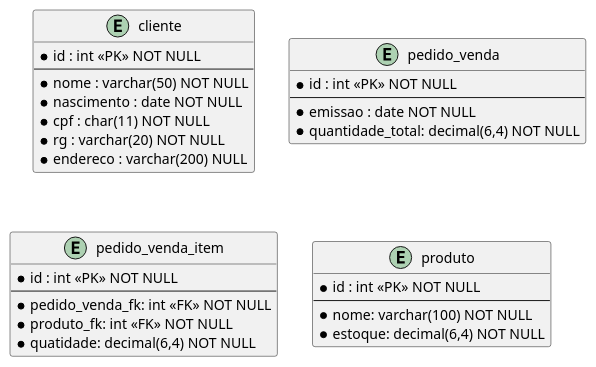
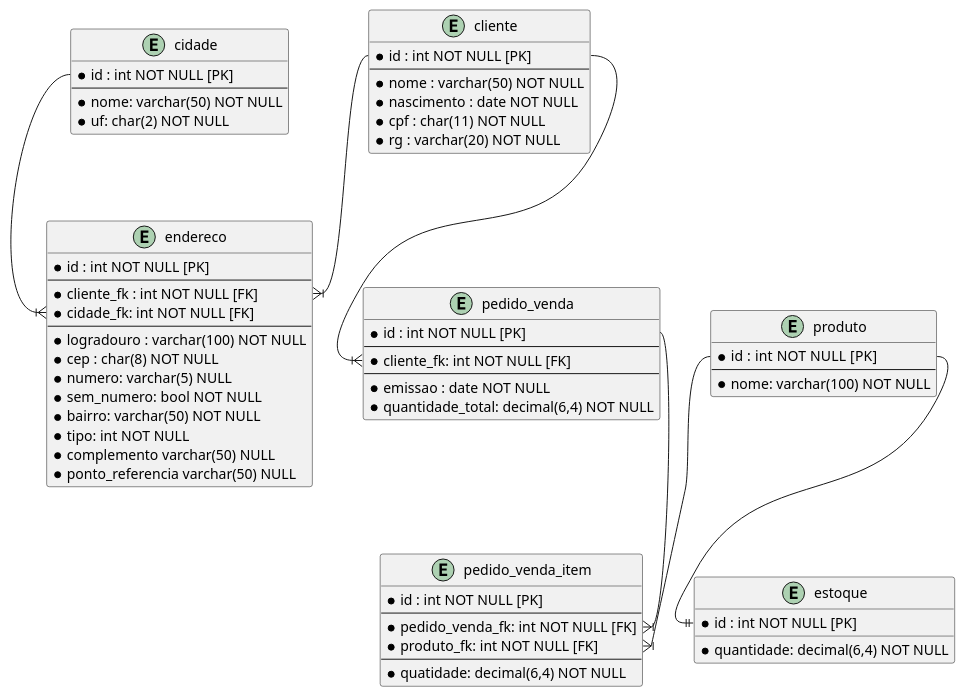
The diagram in docs/marcio_system.puml (prof-rafaelrasso/2022-db-data-marcio), drawn with PlantUML before and after one commit. The commit also changed 2 other files, not shown here.

Commit message:
Subindo postgresql no docker e finalizado diagrama

```diff
--- a/docs/marcio_system.puml
+++ b/docs/marcio_system.puml
@@ -1,36 +1,75 @@
 @startuml marcio_system
 
 entity cliente   {
-    *id : int <<PK>> NOT NULL
+    *id : int NOT NULL [PK]
     --
     *nome : varchar(50) NOT NULL
     *nascimento : date NOT NULL
     *cpf : char(11) NOT NULL
     *rg : varchar(20) NOT NULL
-    *endereco : varchar(200) NULL 
+}
+
+entity endereco {
+     *id : int NOT NULL [PK]
+    --
+    *cliente_fk : int NOT NULL [FK]
+    *cidade_fk: int NOT NULL [FK]
+    --
+    *logradouro : varchar(100) NOT NULL
+    *cep : char(8) NOT NULL
+    *numero: varchar(5) NULL
+    *sem_numero: bool NOT NULL
+    *bairro: varchar(50) NOT NULL
+    *tipo: int NOT NULL
+    *complemento varchar(50) NULL
+    *ponto_referencia varchar(50) NULL
+}
+
+entity cidade {
+    *id : int NOT NULL [PK]
+    --
+    *nome: varchar(50) NOT NULL
+    *uf: char(2) NOT NULL 
 }
 
 entity pedido_venda  {
-    *id : int <<PK>> NOT NULL
+    *id : int NOT NULL [PK]
+    --
+    *cliente_fk: int NOT NULL [FK]
     --
     *emissao : date NOT NULL
     *quantidade_total: decimal(6,4) NOT NULL
 }
 
 entity pedido_venda_item {
-    *id : int <<PK>> NOT NULL
+    *id : int NOT NULL [PK]
     --
-    *pedido_venda_fk: int <<FK>> NOT NULL
-    *produto_fk: int <<FK>> NOT NULL
+    *pedido_venda_fk: int NOT NULL [FK]
+    *produto_fk: int NOT NULL [FK]
+    --
     *quatidade: decimal(6,4) NOT NULL
 }
 
 entity produto {
-    *id : int <<PK>> NOT NULL
+    *id : int  NOT NULL [PK]
     --
     *nome: varchar(100) NOT NULL
-    *estoque: decimal(6,4) NOT NULL
 }
+
+entity estoque {
+   *id : int NOT NULL [PK]
+   *quantidade: decimal(6,4) NOT NULL 
+}
+
+cliente::id --|{ endereco::cliente_fk
+cliente::id --|{ pedido_venda::cliente_fk
+
+cidade::id --|{ endereco::cidade_fk
+pedido_venda::id --|{ pedido_venda_item::pedido_venda_fk
+
+produto::id --|{ pedido_venda_item::produto_fk
+produto::id --|| estoque::id
+
 
 
 @enduml
```
